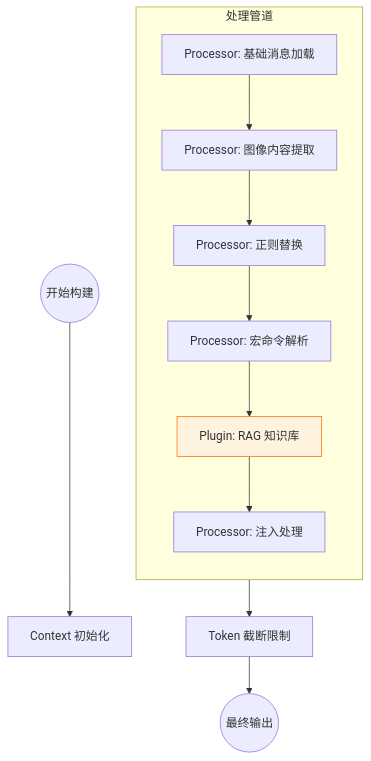
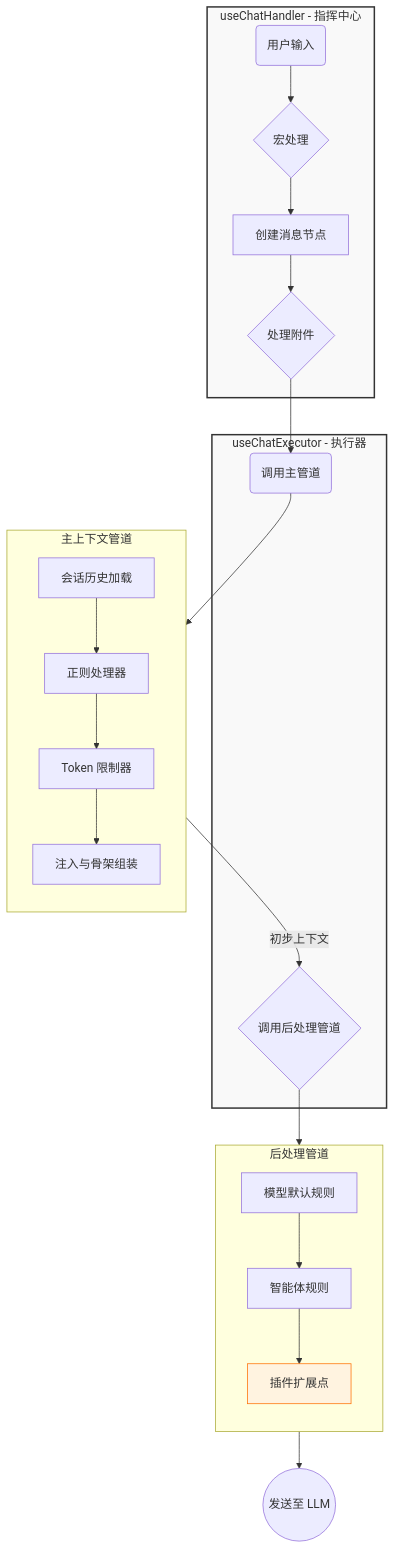
Before and after one commit to miaotouy/aio-hub: the diagram in src/tools/llm-chat/design/context-pipeline-architecture.md, drawn with Mermaid. The commit also changed other lines of this file, not shown here.

First line of the commit message:
docs(llm-chat): 引入模块化双管道上下文架构

````diff
--- a/src/tools/llm-chat/design/context-pipeline-architecture.md
+++ b/src/tools/llm-chat/design/context-pipeline-architecture.md
@@ -31,21 +18,40 @@
 ```mermaid
 graph TD
-    Start((开始构建)) --> Init[Context 初始化]
-
-    subgraph Pipeline [处理管道]
-        direction TB
-        P1[Processor: 基础消息加载]
-        P2[Processor: 图像内容提取]
-        P3[Processor: 正则替换]
-        P4[Processor: 宏命令解析]
-        P5[Plugin: RAG 知识库]
-        P6[Processor: 注入处理]
-
-        P1 --> P2 --> P3 --> P4 --> P5 --> P6
+    subgraph A [useChatHandler - 指挥中心]
+        A1(用户输入) --> A2{宏处理}
+        A2 --> A3[创建消息节点]
+        A3 --> A4{处理附件}
     end
 
-    P6 --> Limit[Token 截断限制]
-    Limit --> End((最终输出))
+    subgraph B [useChatExecutor - 执行器]
+        B1(调用主管道)
+        B2{调用后处理管道}
+    end
 
-    style P5 fill:#fff3e0,stroke:#ff6f00
+    subgraph PrimaryPipeline [主上下文管道]
+        direction TB
+        P1[会话历史加载]
+        P2[正则处理器]
+        P3[Token 限制器]
+        P4[注入与骨架组装]
+        P1 --> P2 --> P3 --> P4
+    end
+
+    subgraph PostPipeline [后处理管道]
+        direction TB
+        S1[模型默认规则]
+        S2[智能体规则]
+        S3[插件扩展点]
+        S1 --> S2 --> S3
+    end
+
+    A4 --> B1
+    B1 --> PrimaryPipeline
+    P4 -- "初步上下文" --> B2
+    B2 --> PostPipeline
+    S3 --> Final((发送至 LLM))
+
+    classDef stage fill:#f9f9f9,stroke:#333,stroke-width:2px;
+    class A,B stage;
+    style S3 fill:#fff3e0,stroke:#ff6f00
 ```
````
